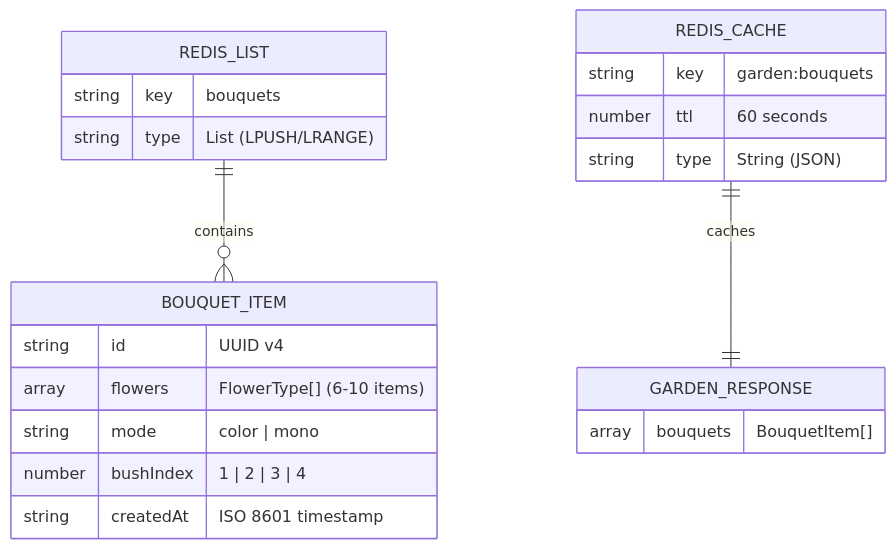
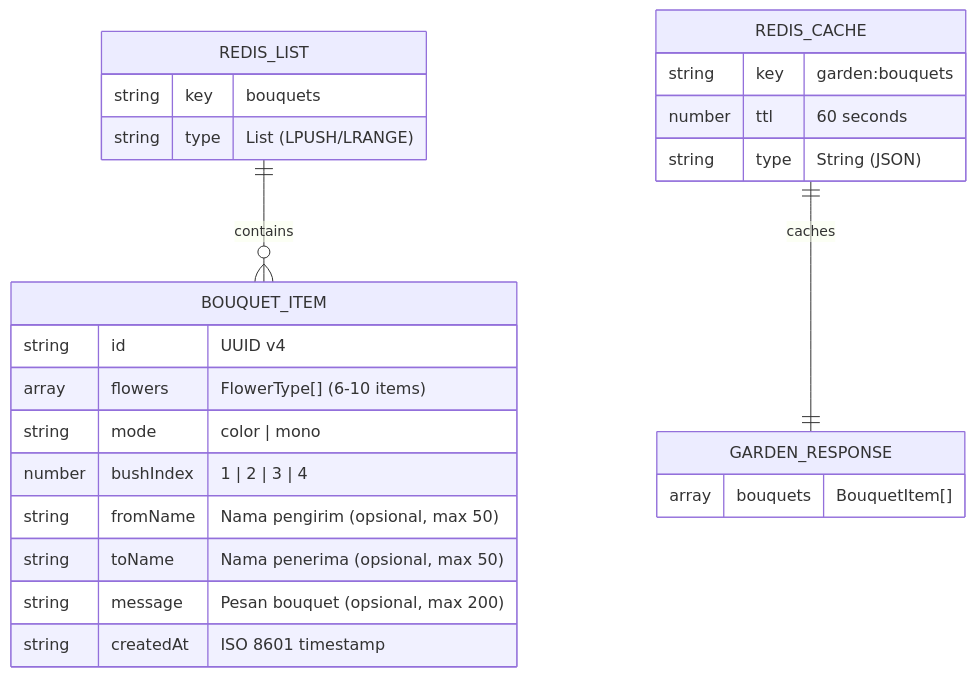
The second of 2 diagrams in README.md (el-pablos/digi-bouquet), drawn with Mermaid before and after one commit. The commit also changed other lines of this file, not shown here.

Commit message:
docs: update readme dokumentasi fitur music player author message auto deploy dan custom domain

````diff
--- a/README.md
+++ b/README.md
@@ -135,28 +144,31 @@
 ```mermaid
 erDiagram
     REDIS_LIST ||--o{ BOUQUET_ITEM : contains
     REDIS_CACHE ||--|| GARDEN_RESPONSE : caches
     
     BOUQUET_ITEM {
         string id "UUID v4"
         array flowers "FlowerType[] (6-10 items)"
         string mode "color | mono"
         number bushIndex "1 | 2 | 3 | 4"
+        string fromName "Nama pengirim (opsional, max 50)"
+        string toName "Nama penerima (opsional, max 50)"
+        string message "Pesan bouquet (opsional, max 200)"
         string createdAt "ISO 8601 timestamp"
     }
     
     REDIS_LIST {
         string key "bouquets"
         string type "List (LPUSH/LRANGE)"
     }
     
     REDIS_CACHE {
         string key "garden:bouquets"
         number ttl "60 seconds"
         string type "String (JSON)"
     }
     
     GARDEN_RESPONSE {
         array bouquets "BouquetItem[]"
     }
 ```
````
